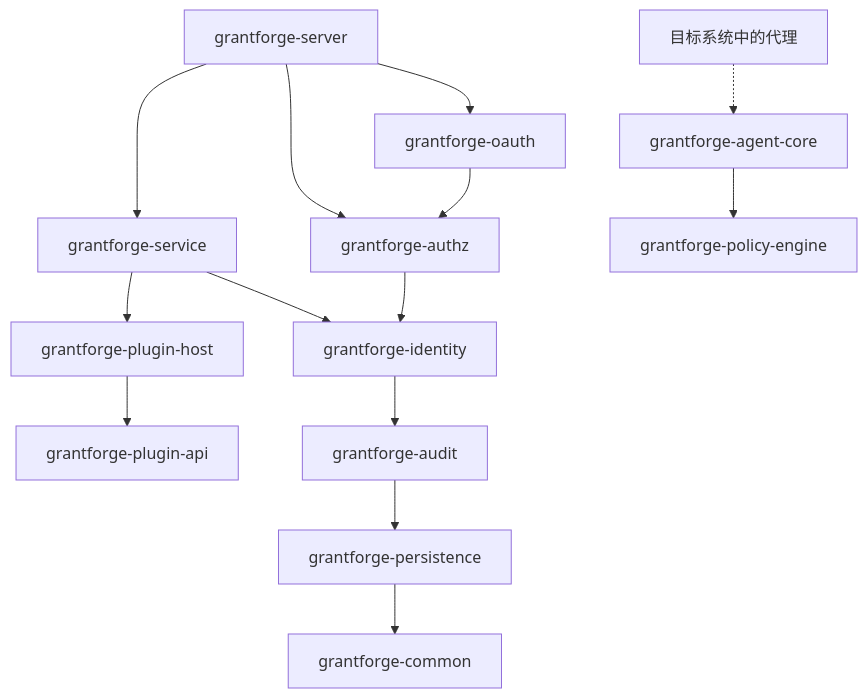
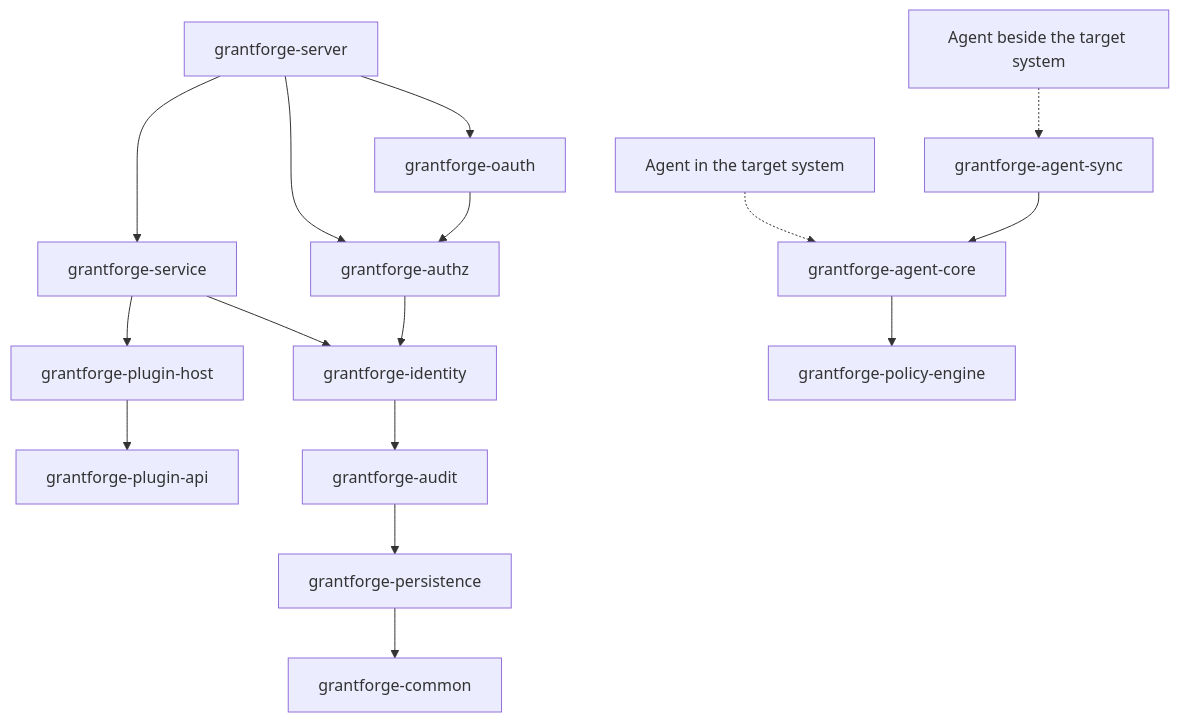
Before and after one commit to devlive-community/grantforge: the first of 2 diagrams in docs/content/en/architecture/overview.md, drawn with Mermaid. The commit also changed other lines of this file and 21 other files, not shown here.

First line of the commit message:
docs(agent-sync): document the shared core of agents beside a system

````diff
--- a/docs/content/en/architecture/overview.md
+++ b/docs/content/en/architecture/overview.md
@@ -18,16 +18,18 @@
 ```mermaid
 flowchart TB
   server[grantforge-server] --> oauth[grantforge-oauth]
   server --> service[grantforge-service]
   server --> authz[grantforge-authz]
   oauth --> authz
   service --> host[grantforge-plugin-host]
   service --> identity
   host --> api[grantforge-plugin-api]
   authz --> identity[grantforge-identity]
   identity --> audit[grantforge-audit]
   audit --> persistence[grantforge-persistence]
   persistence --> common[grantforge-common]
-  agent[目标系统中的代理] -.-> agentcore[grantforge-agent-core]
+  agent[Agent in the target system] -.-> agentcore[grantforge-agent-core]
+  syncagent[Agent beside the target system] -.-> agentsync[grantforge-agent-sync]
+  agentsync --> agentcore
   agentcore --> engine[grantforge-policy-engine]
 ```
````
